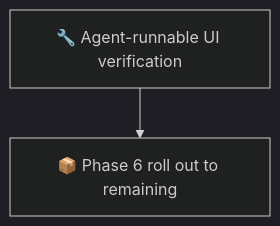
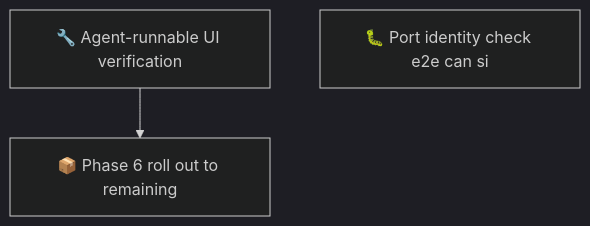
The second of 2 diagrams in docs/roadmap.md (SpillwaveSolutions/forge-notes), drawn with Mermaid (dark theme) before and after one commit. The commit also changed other lines of this file and 15 other files, not shown here.

````diff
--- a/docs/roadmap.md
+++ b/docs/roadmap.md
@@ -50,6 +65,7 @@
 ```mermaid
 graph TD
     01KYZ8X1X1V76HYNK8B5JYMD9W["🔧 Agent-runnable UI verification"]
     01KYZ8XMGPWDJ8KXXK23KV47NT["📦 Phase 6 roll out to remaining"]
+    01KZ2HRT1E6SEP9E9KCX687YVG["🐛 Port identity check e2e can si"]
     01KYZ8X1X1V76HYNK8B5JYMD9W --> 01KYZ8XMGPWDJ8KXXK23KV47NT
 ```
````
